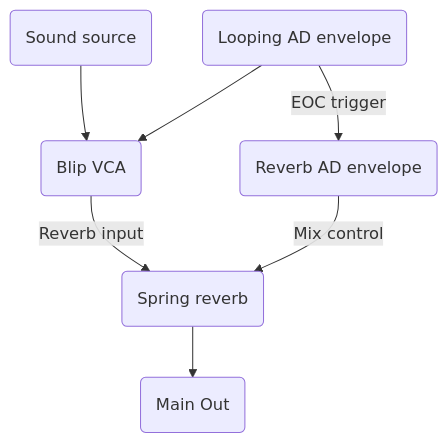
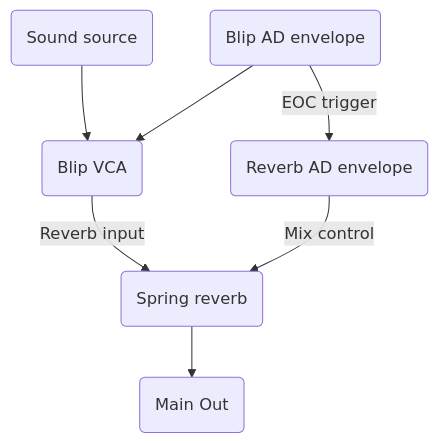
One commit to aidanreilly/man_synth changed the fourth of 4 diagrams in _posts/2017-1-24-spring-thing.md. Above: the diagram before and after it, drawn with Mermaid. The commit also changed other lines of this file, not shown here.

```diff
--- a/_posts/2017-1-24-spring-thing.md
+++ b/_posts/2017-1-24-spring-thing.md
@@ -65,9 +65,9 @@
 <div class="mermaid">
 graph TD;
 F(Sound source)-->E(Blip VCA)
-A(Looping AD envelope)-->E(Blip VCA)
+A(Blip AD envelope)-->E(Blip VCA)
 E(Blip VCA)-->|Reverb input|D(Spring reverb)
-A(Looping AD envelope) -->|EOC trigger| B(Reverb AD envelope)
+A(Blip AD envelope) -->|EOC trigger| B(Reverb AD envelope)
 B(Reverb AD envelope)-->|Mix control|D(Spring reverb)
 D(Spring reverb) -->G(Main Out)
 </div>
```
